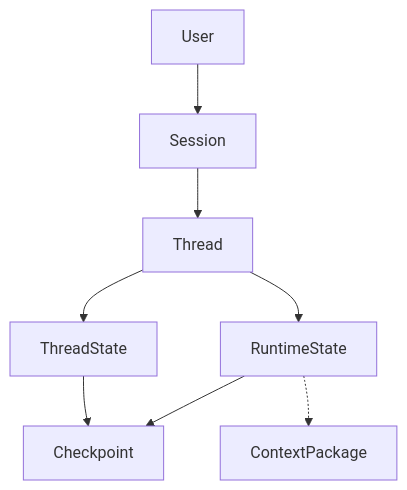
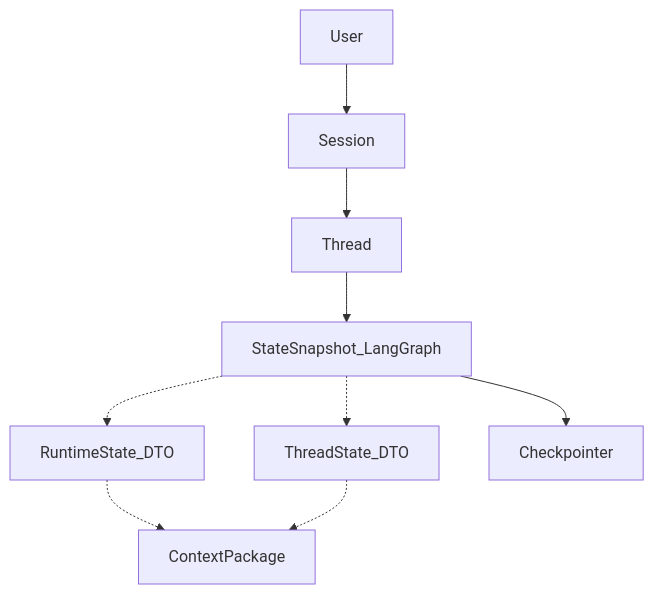
One commit to shivank22/ICE changed the diagram in SKILLS/backend/assets/diagrams/02-state-model.mmd. Above: the diagram before and after it, drawn with Mermaid. The commit also changed 93 other files, not shown here.

```diff
--- a/SKILLS/backend/assets/diagrams/02-state-model.mmd
+++ b/SKILLS/backend/assets/diagrams/02-state-model.mmd
@@ -1,16 +1,18 @@
-%% State model relationships
+%% State model — StateSnapshot SoR, DTOs are projections
 flowchart TB
   User[User]
   Session[Session]
   Thread[Thread]
-  Runtime[RuntimeState]
-  ThreadState[ThreadState]
-  Checkpoint[Checkpoint]
+  Snap[StateSnapshot_LangGraph]
+  Runtime[RuntimeState_DTO]
+  ThreadState[ThreadState_DTO]
+  Cp[Checkpointer]
   Context[ContextPackage]
   User --> Session
   Session --> Thread
-  Thread --> Runtime
-  Thread --> ThreadState
-  Runtime --> Checkpoint
-  ThreadState --> Checkpoint
+  Thread --> Snap
+  Snap --> Cp
+  Snap -.-> Runtime
+  Snap -.-> ThreadState
   Runtime -.-> Context
+  ThreadState -.-> Context
```
